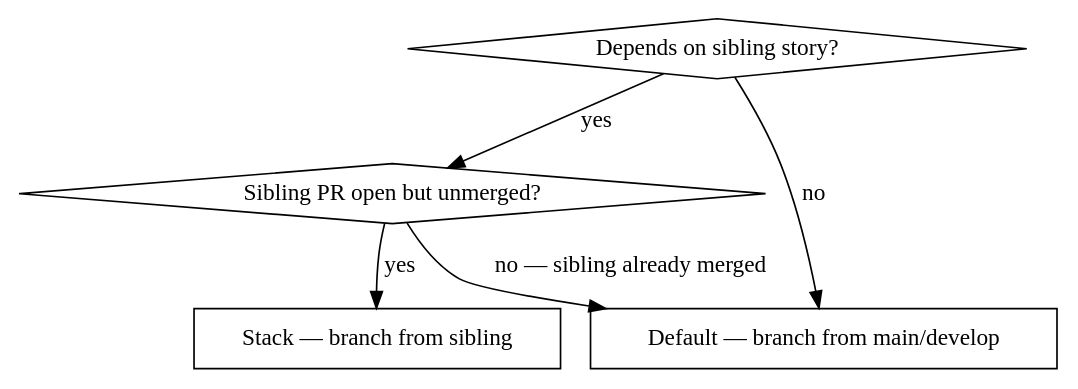
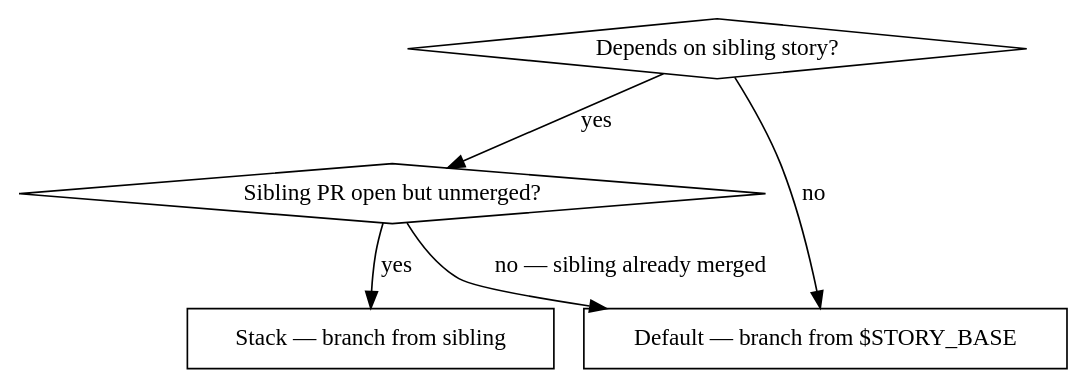
One commit to thermiteau/maverick changed the first of 2 diagrams in skills/mav-stacked-prs/SKILL.md. Above: the diagram before and after it, drawn with Graphviz. The commit also changed other lines of this file and 19 other files, not shown here.

````diff
--- a/skills/mav-stacked-prs/SKILL.md
+++ b/skills/mav-stacked-prs/SKILL.md
@@ -22,13 +28,13 @@
 ```dot
 digraph stack_decide {
     "Depends on sibling story?" [shape=diamond];
     "Sibling PR open but unmerged?" [shape=diamond];
     "Stack — branch from sibling" [shape=box];
-    "Default — branch from main/develop" [shape=box];
+    "Default — branch from $STORY_BASE" [shape=box];
 
     "Depends on sibling story?" -> "Sibling PR open but unmerged?" [label="yes"];
-    "Depends on sibling story?" -> "Default — branch from main/develop" [label="no"];
+    "Depends on sibling story?" -> "Default — branch from $STORY_BASE" [label="no"];
     "Sibling PR open but unmerged?" -> "Stack — branch from sibling" [label="yes"];
-    "Sibling PR open but unmerged?" -> "Default — branch from main/develop" [label="no — sibling already merged"];
+    "Sibling PR open but unmerged?" -> "Default — branch from $STORY_BASE" [label="no — sibling already merged"];
 }
 ```
````
